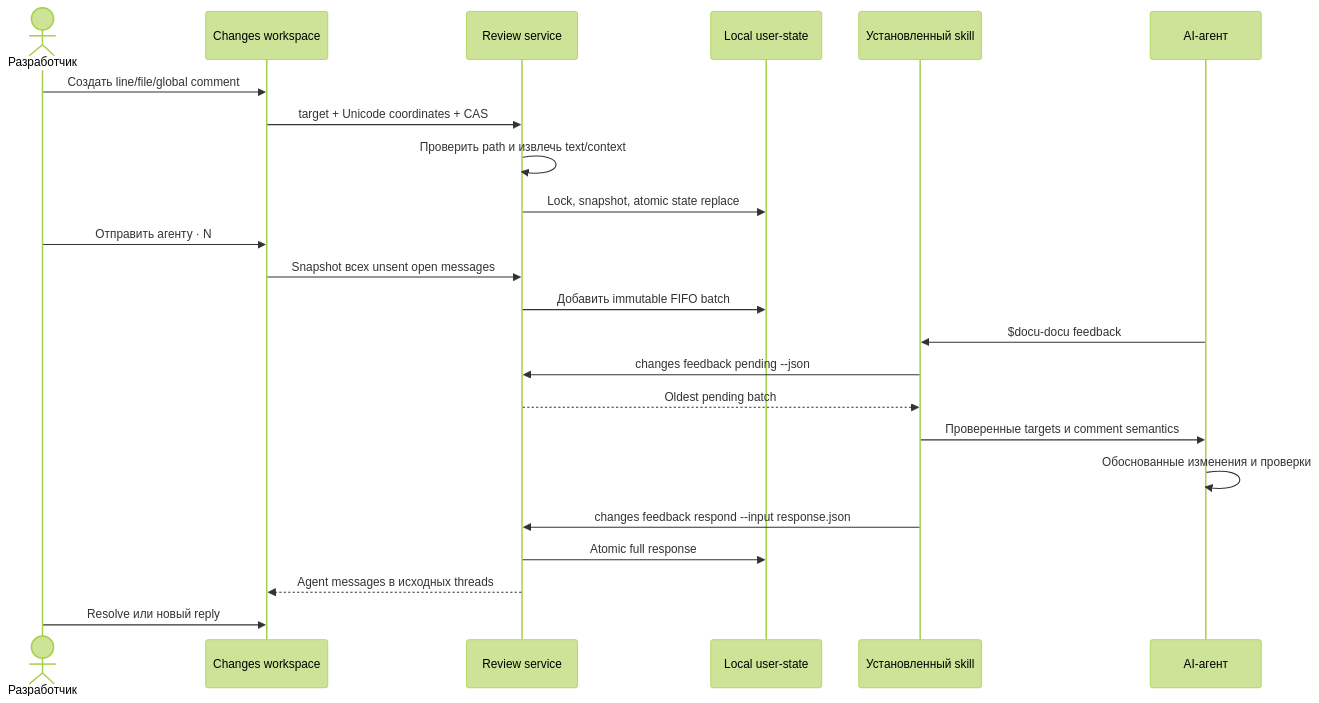
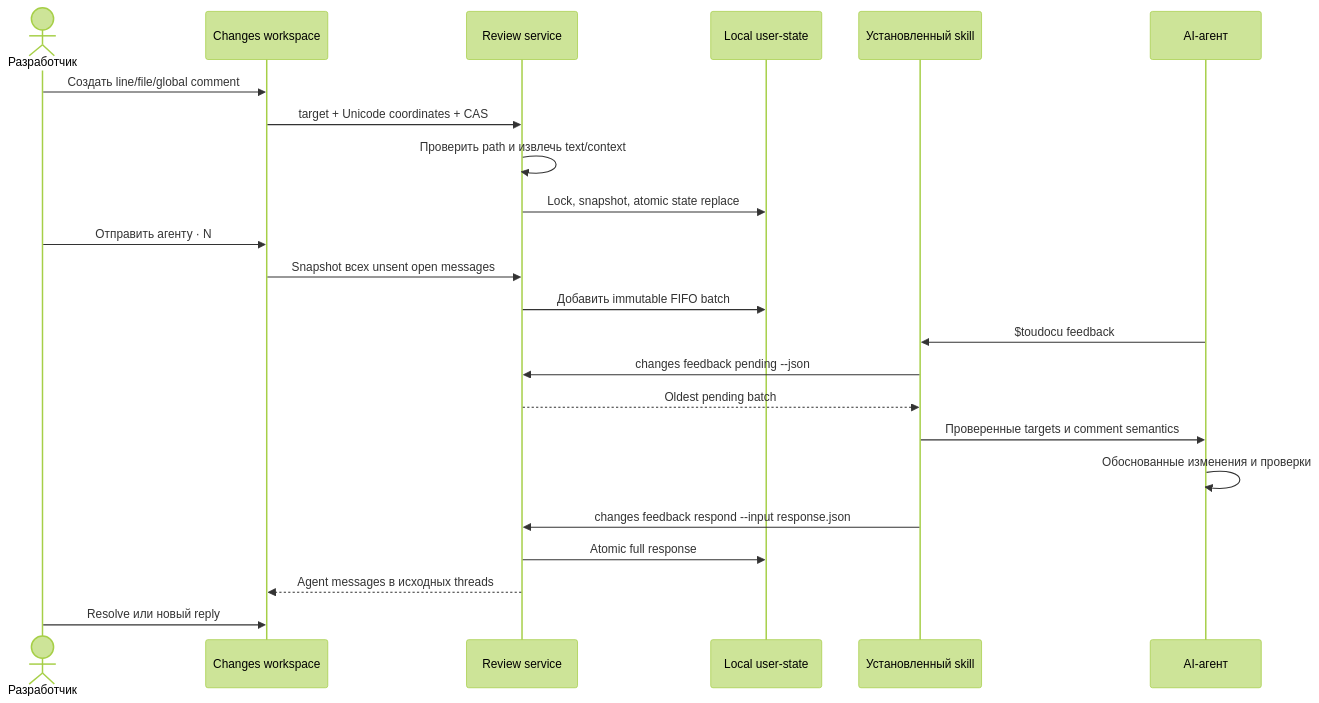
One commit to lumenikoly/toudocu changed the diagram in docs/flows/FLOW-REVIEW-FEEDBACK.md. Above: the diagram before and after it, drawn with Mermaid (forest theme). The commit also changed 421 other files, not shown here.

````diff
--- a/docs/flows/FLOW-REVIEW-FEEDBACK.md
+++ b/docs/flows/FLOW-REVIEW-FEEDBACK.md
@@ -10,26 +10,26 @@
 ```mermaid
 sequenceDiagram
     actor Developer as Разработчик
     participant Browser as Changes workspace
     participant Review as Review service
     participant Store as Local user-state
     participant Skill as Установленный skill
     participant Agent as AI-агент
 
     Developer->>Browser: Создать line/file/global comment
     Browser->>Review: target + Unicode coordinates + CAS
     Review->>Review: Проверить path и извлечь text/context
     Review->>Store: Lock, snapshot, atomic state replace
     Developer->>Browser: Отправить агенту · N
     Browser->>Review: Snapshot всех unsent open messages
     Review->>Store: Добавить immutable FIFO batch
-    Agent->>Skill: $docu-docu feedback
+    Agent->>Skill: $toudocu feedback
     Skill->>Review: changes feedback pending --json
     Review-->>Skill: Oldest pending batch
     Skill->>Agent: Проверенные targets и comment semantics
     Agent->>Agent: Обоснованные изменения и проверки
     Skill->>Review: changes feedback respond --input response.json
     Review->>Store: Atomic full response
     Review-->>Browser: Agent messages в исходных threads
     Developer->>Browser: Resolve или новый reply
 ```
````
